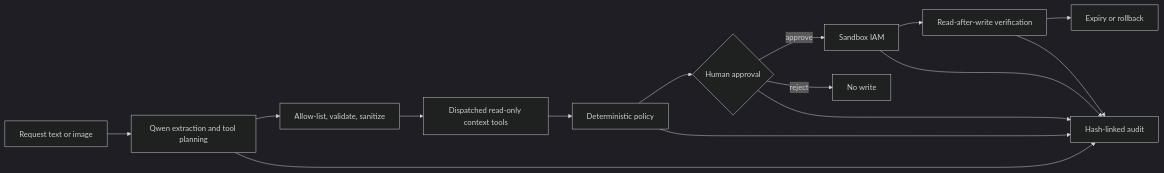
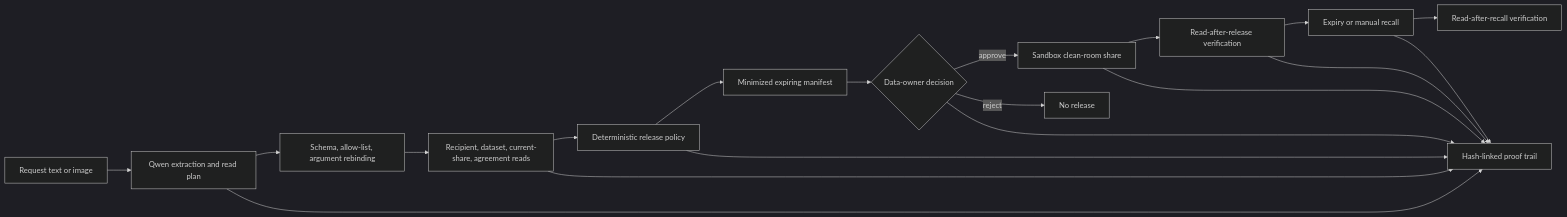
Before and after one commit to xiaodouzi666/releaseproof: the diagram in docs/devpost-submission.md, drawn with Mermaid (dark theme). The commit also changed other lines of this file and 70 other files, not shown here.

Commit message:
feat: pivot to ReleaseProof data release autopilot

````diff
--- a/docs/devpost-submission.md
+++ b/docs/devpost-submission.md
@@ -101,17 +114,21 @@
-```mermaid
+~~~mermaid
 flowchart LR
-    User[Request text or image] --> Q[Qwen extraction and tool planning]
-    Q --> G[Allow-list, validate, sanitize]
-    G --> T[Dispatched read-only context tools]
-    T --> P[Deterministic policy]
-    P --> H{Human approval}
-    H -->|approve| I[Sandbox IAM]
-    H -->|reject| Stop[No write]
-    I --> V[Read-after-write verification]
-    V --> R[Expiry or rollback]
-    Q --> A[Hash-linked audit]
+    U[Request text or image] --> Q[Qwen extraction and read plan]
+    Q --> B[Schema, allow-list, argument rebinding]
+    B --> T[Recipient, dataset, current-share, agreement reads]
+    T --> P[Deterministic release policy]
+    P --> M[Minimized expiring manifest]
+    M --> O{Data-owner decision}
+    O -->|approve| C[Sandbox clean-room share]
+    O -->|reject| X[No release]
+    C --> V[Read-after-release verification]
+    V --> R[Expiry or manual recall]
+    R --> RV[Read-after-recall verification]
+    Q --> A[Hash-linked proof trail]
+    T --> A
     P --> A
-    H --> A
-    I --> A
+    O --> A
+    C --> A
     V --> A
-```
+    R --> A
+~~~
````
